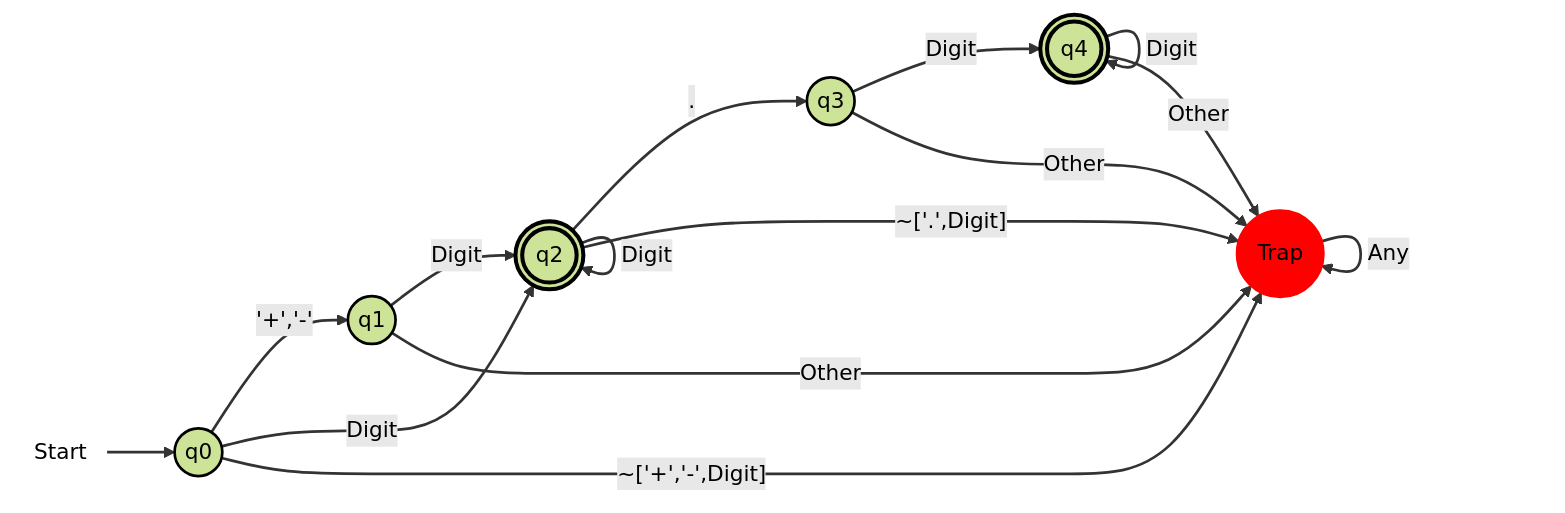
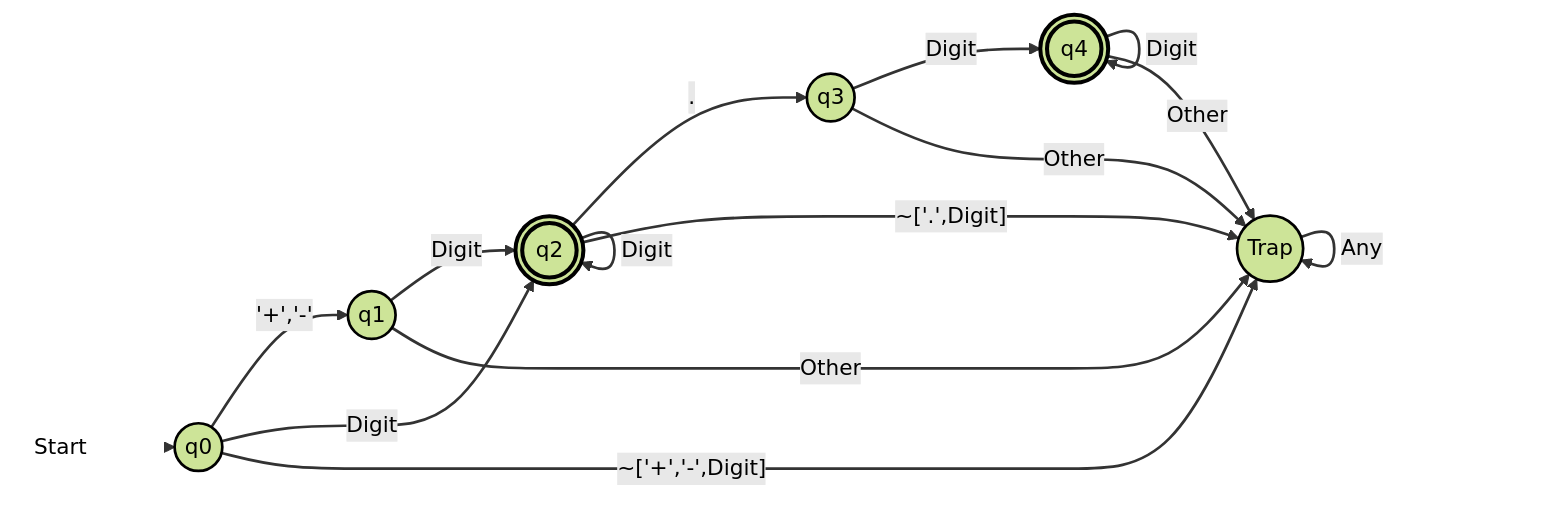
The first of 9 diagrams in docs/DFA.md (CS-Tiny-Compiler/a-tiny-compiler), drawn with Mermaid (forest theme) before and after one commit. The commit also changed other lines of this file, not shown here.

First line of the commit message:
made line colors consistent and trap state have a black color

````diff
--- a/docs/DFA.md
+++ b/docs/DFA.md
@@ -20,28 +20,28 @@
 ```mermaid
   flowchart LR
     start(((Start))):::startNode --> q0(("q0")):::normal
 
     q0 --> |"'+','-'"| q1(("q1")):::normal
     q0 --> |Digit| q2((("q2"))):::finalState
-    q0 --> |"~['+','-',Digit]"| trap((("Trap"))):::trap
+    q0 --> |"~['+','-',Digit]"| trap(("Trap")):::trap
     q1 --> |Digit| q2
     q1 --> |Other| trap
     q2 --> |"."| q3(("q3")):::normal
     q2 --> |"~['.',Digit]"| trap
     q2 --> |Digit| q2
     q3 --> |Digit| q4((("q4"))):::finalState
     q3 --> |Other| trap
     q4 --> |Digit| q4
     q4 --> |Other| trap
 
     trap --> |Any| trap
 
     classDef startNode fill:none,stroke:none;
     classDef normal stroke:#000,stroke-width:2px;
     classDef finalState stroke:#000,stroke-width:3px;
-    classDef trap fill:#f00,stroke:#f00,stroke-width:2px;
+    classDef trap stroke:#000,stroke-width:2px;
 
-    linkStyle 0 stroke-width:2px;
+    linkStyle 0 stroke:white;
     linkStyle default stroke:#333,stroke-width:2px,fill:none;
 
 ```
````
